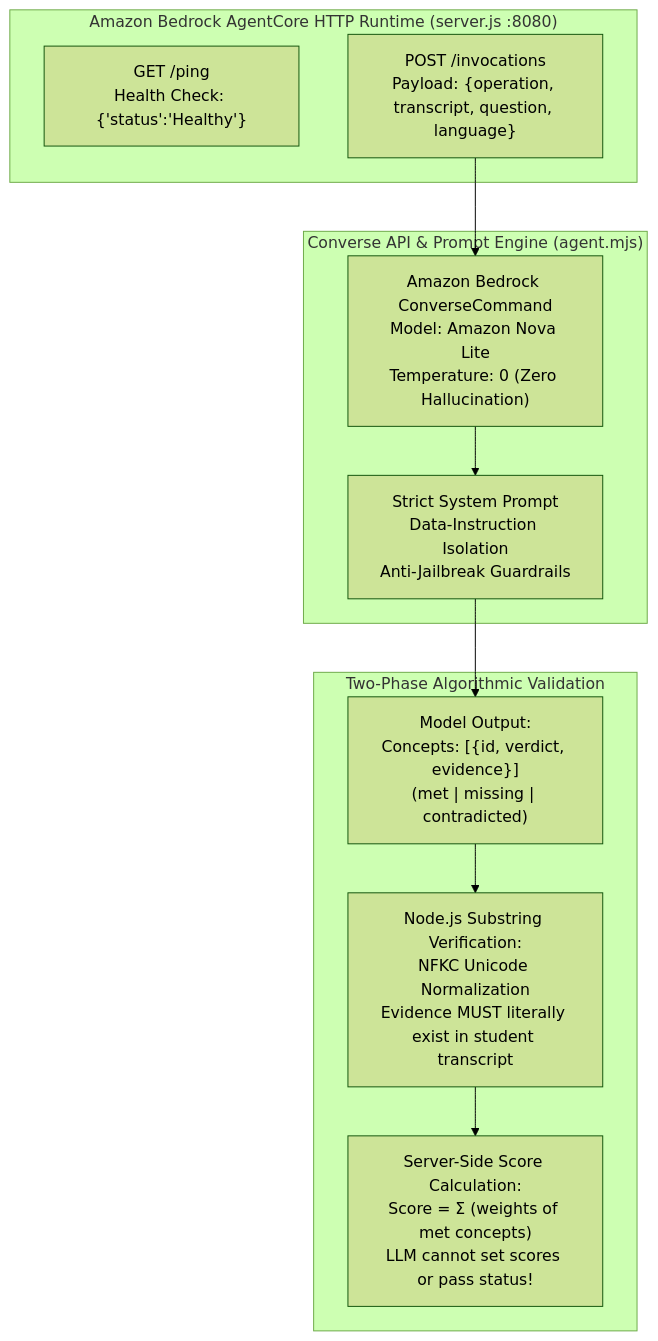
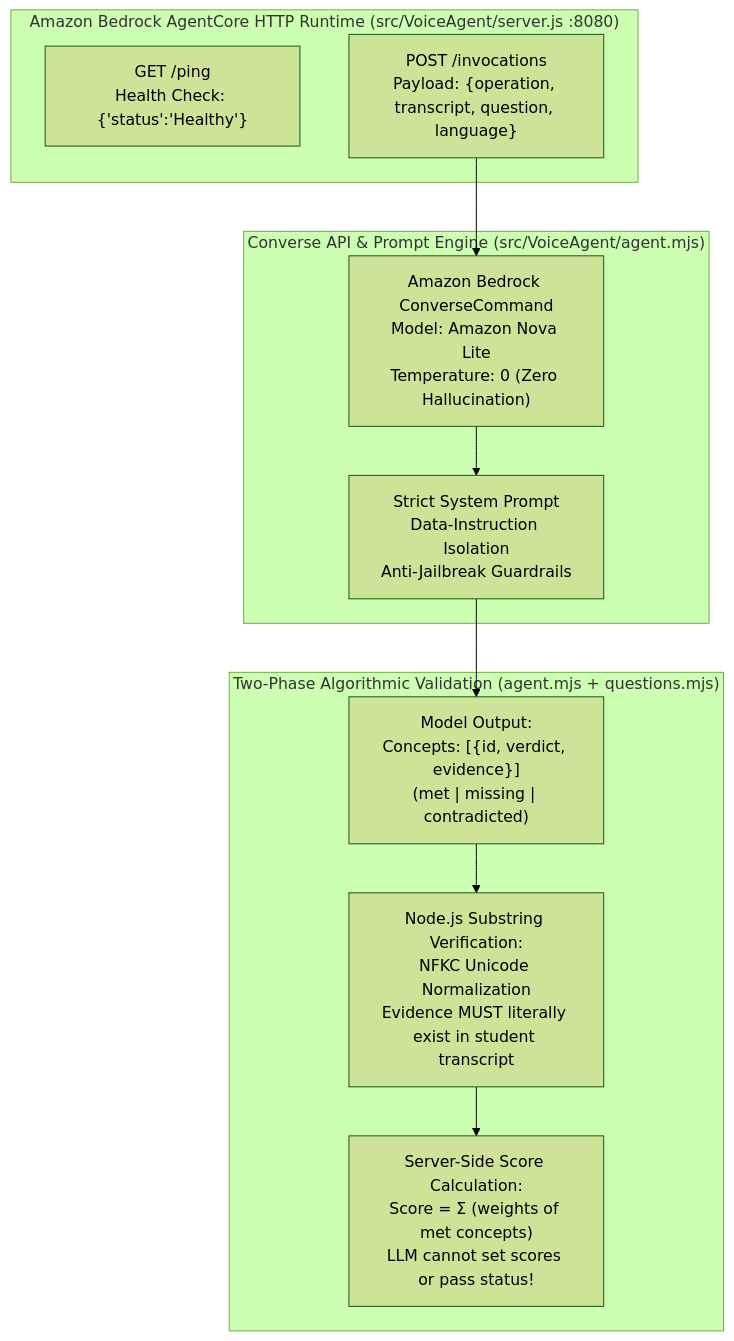
The third of 3 diagrams in BLOG_POST_V2.md (wongcyrus/The-Legend-of-AWS-Warrior), drawn with Mermaid (forest theme) before and after one commit. The commit also changed other lines of this file and 2 other files, not shown here.

Commit message:
docs: verify and align blog code snippets, routes, DynamoDB keys, and diagrams with codebase

````diff
--- a/BLOG_POST_V2.md
+++ b/BLOG_POST_V2.md
@@ -308,24 +307,24 @@
 ```mermaid
 flowchart TD
-    subgraph AgentCoreRuntime["Amazon Bedrock AgentCore HTTP Runtime (server.js :8080)"]
+    subgraph AgentCoreRuntime["Amazon Bedrock AgentCore HTTP Runtime (src/VoiceAgent/server.js :8080)"]
         Ping["GET /ping<br/>Health Check: {'status':'Healthy'}"]
         Invocations["POST /invocations<br/>Payload: {operation, transcript, question, language}"]
     end
 
-    subgraph PromptEngine["Converse API & Prompt Engine (agent.mjs)"]
+    subgraph PromptEngine["Converse API & Prompt Engine (src/VoiceAgent/agent.mjs)"]
         ZeroTemp["Amazon Bedrock ConverseCommand<br/>Model: Amazon Nova Lite<br/>Temperature: 0 (Zero Hallucination)"]
         SysPrompt["Strict System Prompt<br/>Data-Instruction Isolation<br/>Anti-Jailbreak Guardrails"]
     end
 
-    subgraph TwoPhaseValidation["Two-Phase Algorithmic Validation"]
+    subgraph TwoPhaseValidation["Two-Phase Algorithmic Validation (agent.mjs + questions.mjs)"]
         LLMVerdict["Model Output:<br/>Concepts: [{id, verdict, evidence}]<br/>(met | missing | contradicted)"]
         SubstringCheck["Node.js Substring Verification:<br/>NFKC Unicode Normalization<br/>Evidence MUST literally exist in student transcript"]
         DeterministicScore["Server-Side Score Calculation:<br/>Score = Σ (weights of met concepts)<br/>LLM cannot set scores or pass status!"]
     end
 
     Invocations --> ZeroTemp
     ZeroTemp --> SysPrompt
     SysPrompt --> LLMVerdict
     LLMVerdict --> SubstringCheck
     SubstringCheck --> DeterministicScore
 ```
````
